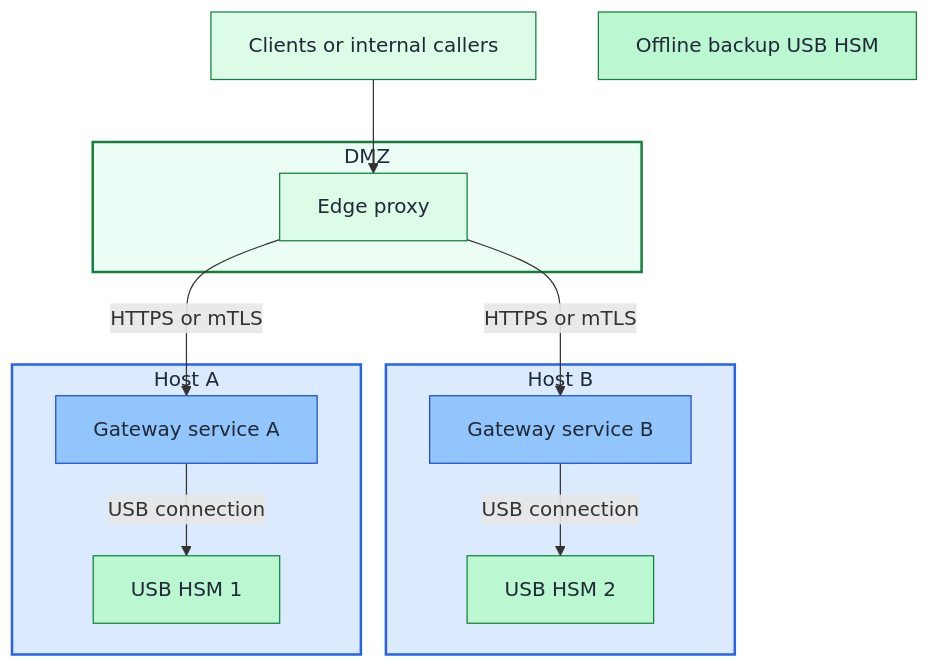
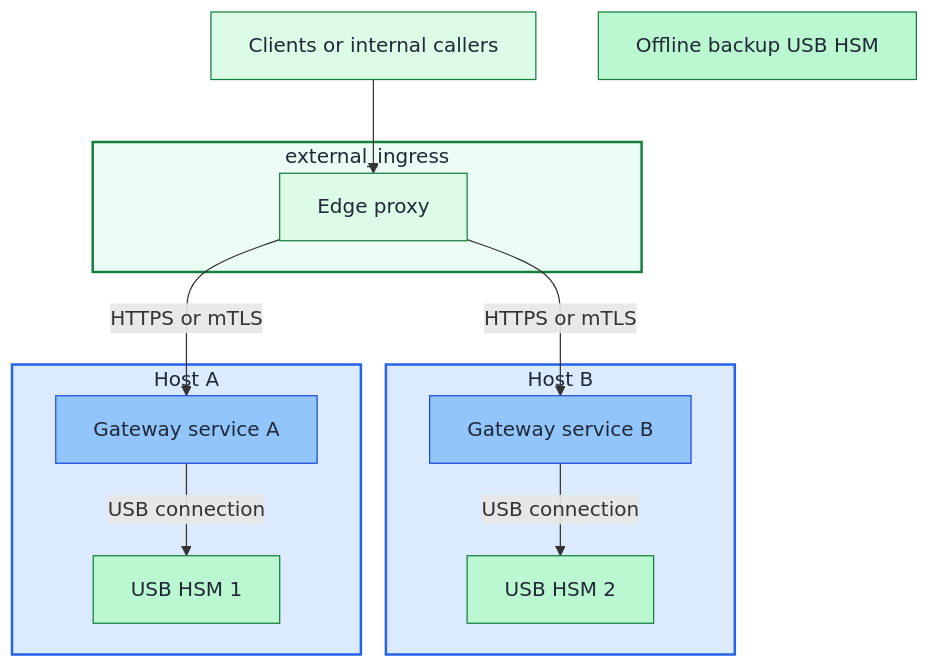
One commit to Rexus/homelab changed the diagram in docs/security/usb-hsm-active-active-blueprint.md. Above: the diagram before and after it, drawn with Mermaid. The commit also changed other lines of this file and 52 other files, not shown here.

````diff
--- a/docs/security/usb-hsm-active-active-blueprint.md
+++ b/docs/security/usb-hsm-active-active-blueprint.md
@@ -53,38 +53,38 @@
 ```mermaid
 flowchart TD
   Client[Clients or internal callers]
 
-  subgraph DMZ["DMZ"]
+  subgraph ExternalIngress["external_ingress"]
     LB[Edge proxy]
   end
 
   subgraph HostA["Host B"]
     GW1[Gateway service B]
     H1[USB HSM 2]
     GW1 -->|USB connection| H1
   end
 
   subgraph HostB["Host A"]
     GW2[Gateway service A]
     H2[USB HSM 1]
     GW2 -->|USB connection| H2
   end
 
   Backup[Offline backup USB HSM]
 
   Client --> LB
   LB -->|HTTPS or mTLS| GW1
   LB -->|HTTPS or mTLS| GW2
 
-  style DMZ fill:#ecfdf5,stroke:#15803d,stroke-width:2px,color:#1f2937
+  style ExternalIngress fill:#ecfdf5,stroke:#15803d,stroke-width:2px,color:#1f2937
   style HostA fill:#dbeafe,stroke:#2563eb,stroke-width:2px,color:#1f2937
   style HostB fill:#dbeafe,stroke:#2563eb,stroke-width:2px,color:#1f2937
 
   classDef edgeNode fill:#dcfce7,stroke:#15803d,color:#1f2937
   classDef gatewayNode fill:#93c5fd,stroke:#1d4ed8,color:#1f2937
   classDef hsmNode fill:#bbf7d0,stroke:#15803d,color:#1f2937
 
   class Client,LB edgeNode
   class GW1,GW2 gatewayNode
   class H1,H2,Backup hsmNode
 ```
````
